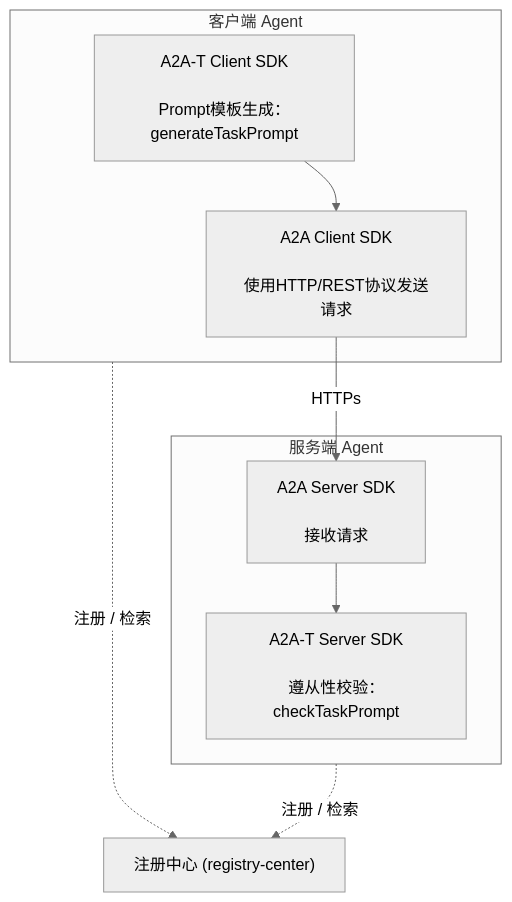
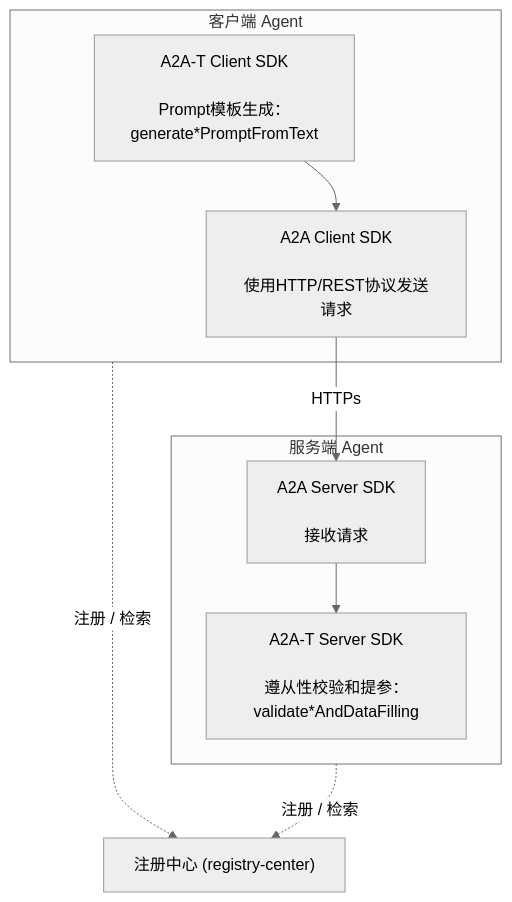
The second of 4 diagrams in docs/zh/开发指南.md (codetalks-hw/a2a-t-sdk-java), drawn with Mermaid (neutral theme) before and after one commit. The commit also changed other lines of this file and 5 other files, not shown here.

````diff
--- a/docs/zh/开发指南.md
+++ b/docs/zh/开发指南.md
@@ -63,20 +63,20 @@
 ```mermaid
 flowchart TD
     subgraph Client["客户端 Agent"]
-        A1["A2A-T Client SDK<br><br>Prompt模板生成：generateTaskPrompt"]
+        A1["A2A-T Client SDK<br><br>Prompt模板生成：generate*PromptFromText"]
         A2["A2A Client SDK<br><br>使用HTTP/REST协议发送请求"]
         A1 --> A2
     end
 
     subgraph Server["服务端 Agent"]
-        B1["A2A-T Server SDK<br><br>遵从性校验：checkTaskPrompt"]
+        B1["A2A-T Server SDK<br><br>遵从性校验和提参：validate*AndDataFilling"]
         B2["A2A Server SDK<br><br>接收请求"]
         B2 --> B1
     end
 
     Registry["注册中心 (registry-center)"]
 
     A2 -- HTTPs --> B2
     Client -. 注册 / 检索 .-> Registry
     Server -. 注册 / 检索 .-> Registry
 ```
````
